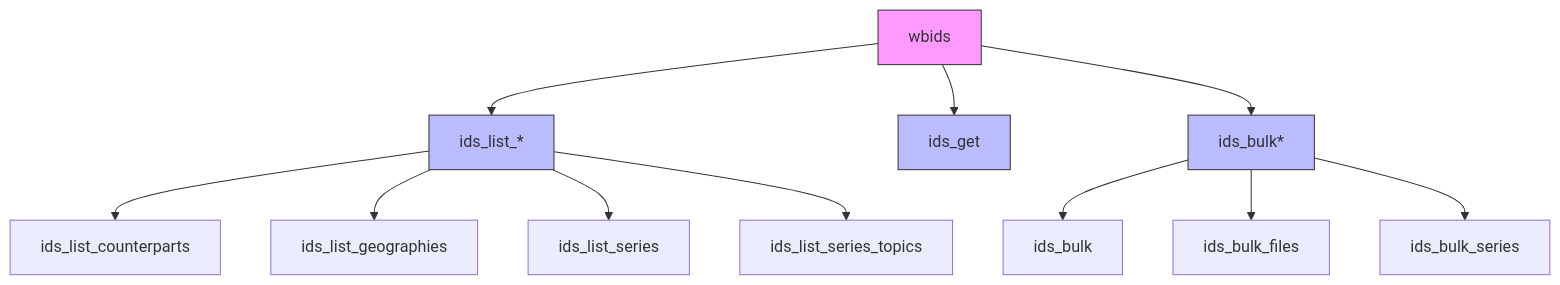
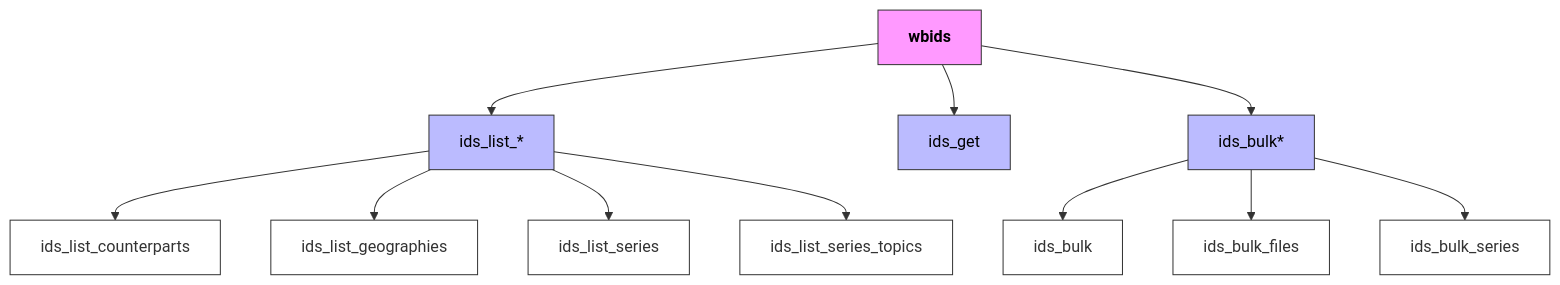
Before and after one commit to Teal-Insights/r-wbids: the diagram in README.Rmd, drawn with Mermaid. The commit also changed 1 other file, not shown here.

Commit message:
Improve Mermaid diagram with better text contrast and vertical layout
- Changed diagram direction from TD (top-down) to TB (top-bottom) for clarity
- Added custom styling classes for better text contrast
- Made main package node text bold for emphasis
- Applied consistent color scheme for all nodes

🤖 Generated with [Claude Code](https://claude.ai/code)

````diff
--- a/README.Rmd
+++ b/README.Rmd
@@ -95,20 +95,23 @@
 ```mermaid
-graph TD
+graph TB
     A[wbids] --> B[ids_list_*]
     A --> C[ids_get]
     A --> D[ids_bulk*]
     
     B --> B1[ids_list_counterparts]
     B --> B2[ids_list_geographies] 
     B --> B3[ids_list_series]
     B --> B4[ids_list_series_topics]
     
     D --> D1[ids_bulk]
     D --> D2[ids_bulk_files]
     D --> D3[ids_bulk_series]
 
-    style A fill:#f9f,stroke:#333
-    style B fill:#bbf,stroke:#333
-    style C fill:#bbf,stroke:#333
-    style D fill:#bbf,stroke:#333
+    classDef default fill:#fff,stroke:#333,color:#333
+    classDef main fill:#f9f,stroke:#333,color:#000,font-weight:bold
+    classDef group fill:#bbf,stroke:#333,color:#000
+
+    class A main
+    class B,C,D group
+    class B1,B2,B3,B4,D1,D2,D3 default
 ```
````
